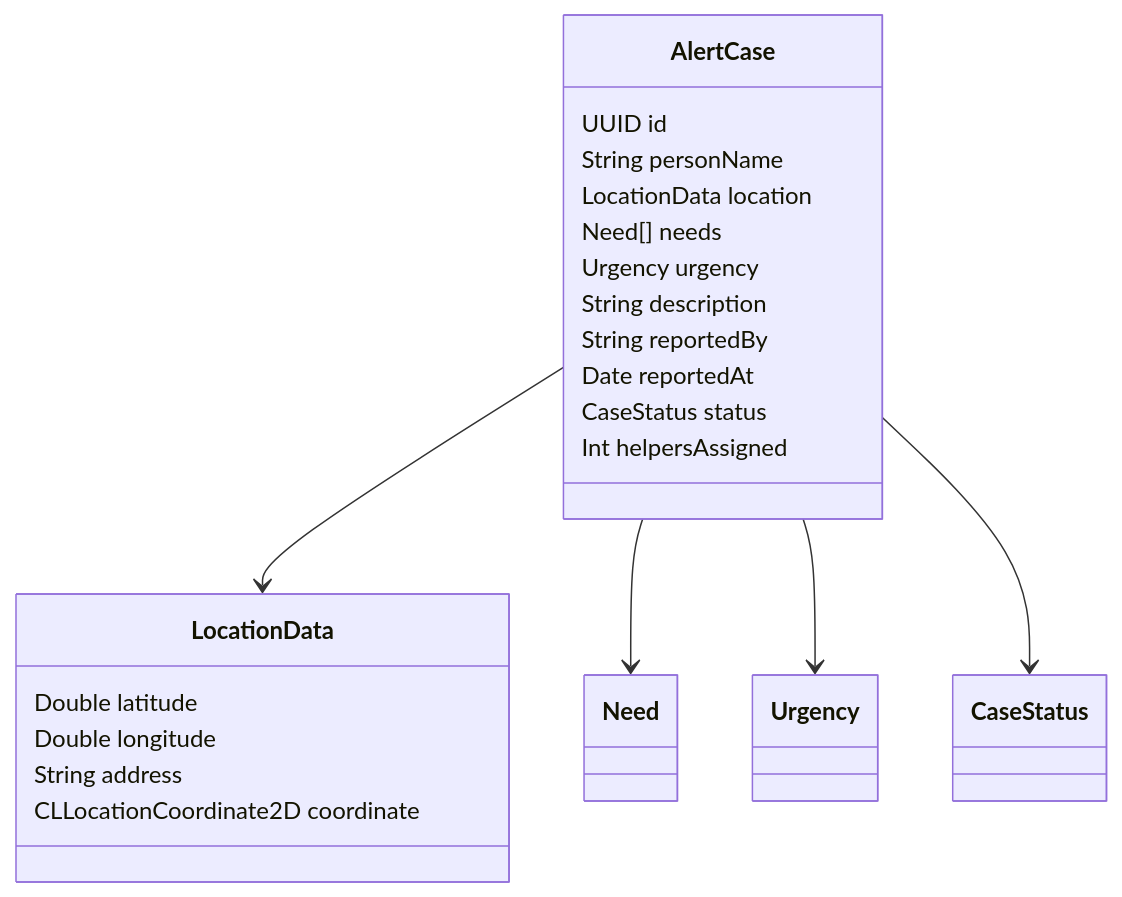
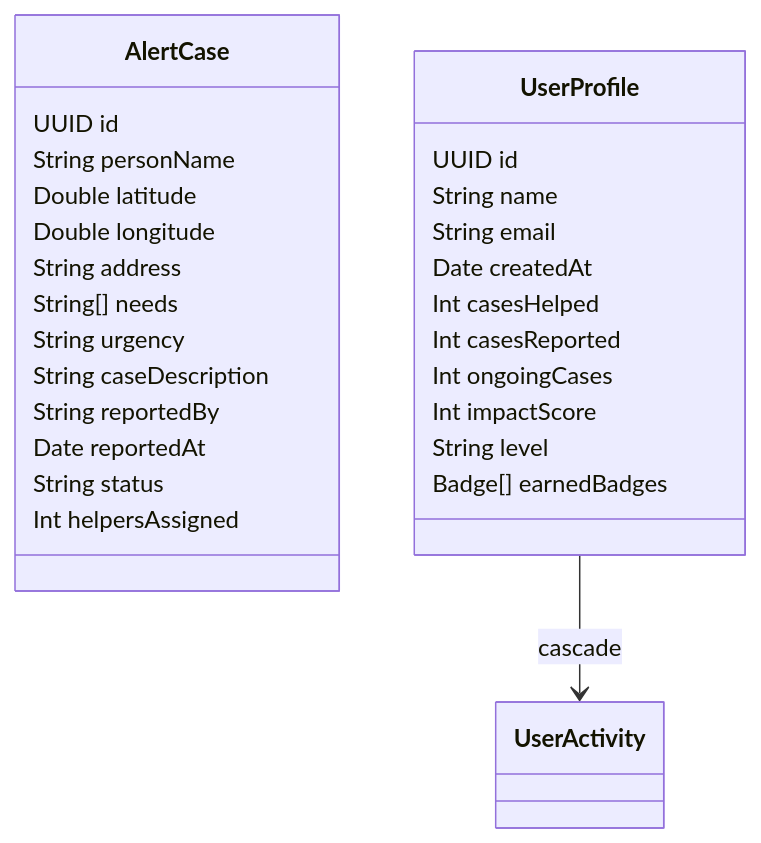
The fourth of 4 diagrams in README.md (betallsoph/the-warmth), drawn with Mermaid before and after one commit. The commit also changed other lines of this file, not shown here.

````diff
--- a/README.md
+++ b/README.md
@@ -189,25 +214,31 @@
 ```mermaid
 classDiagram
     class AlertCase {
         UUID id
         String personName
-        LocationData location
-        Need[] needs
-        Urgency urgency
-        String description
-        String reportedBy
-        Date reportedAt
-        CaseStatus status
-        Int helpersAssigned
-    }
-    class LocationData {
         Double latitude
         Double longitude
         String address
-        CLLocationCoordinate2D coordinate
+        String[] needs
+        String urgency
+        String caseDescription
+        String reportedBy
+        Date reportedAt
+        String status
+        Int helpersAssigned
     }
-    AlertCase --> LocationData
-    AlertCase --> Need
-    AlertCase --> Urgency
-    AlertCase --> CaseStatus
+    class UserProfile {
+        UUID id
+        String name
+        String email
+        Date createdAt
+        Int casesHelped
+        Int casesReported
+        Int ongoingCases
+        Int impactScore
+        String level
+        Badge[] earnedBadges
+    }
+    class UserActivity
+    UserProfile --> UserActivity : cascade
 ```
````
